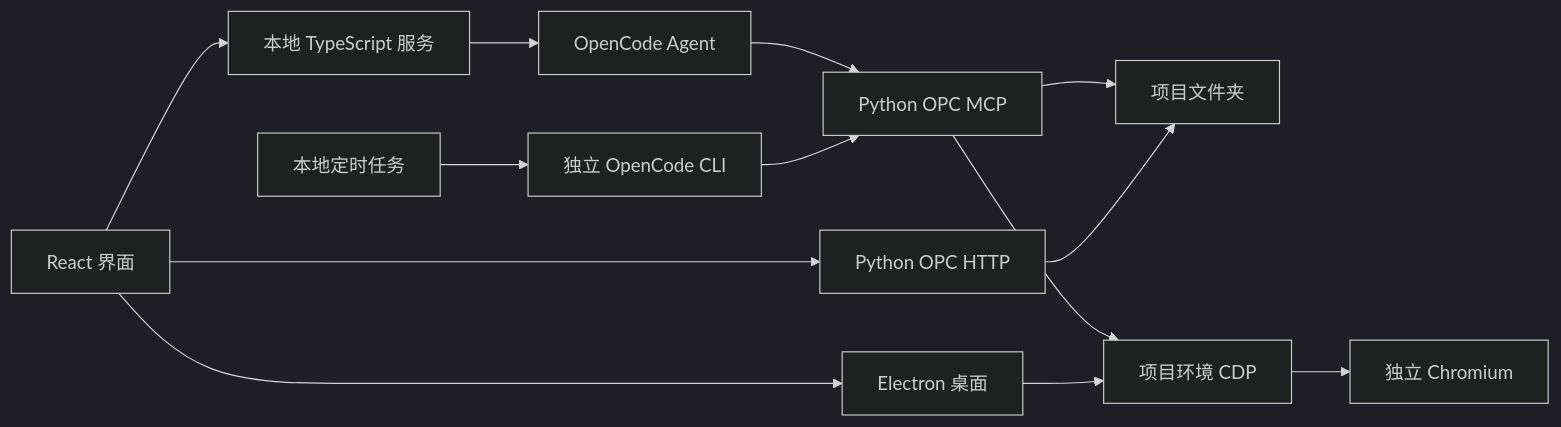
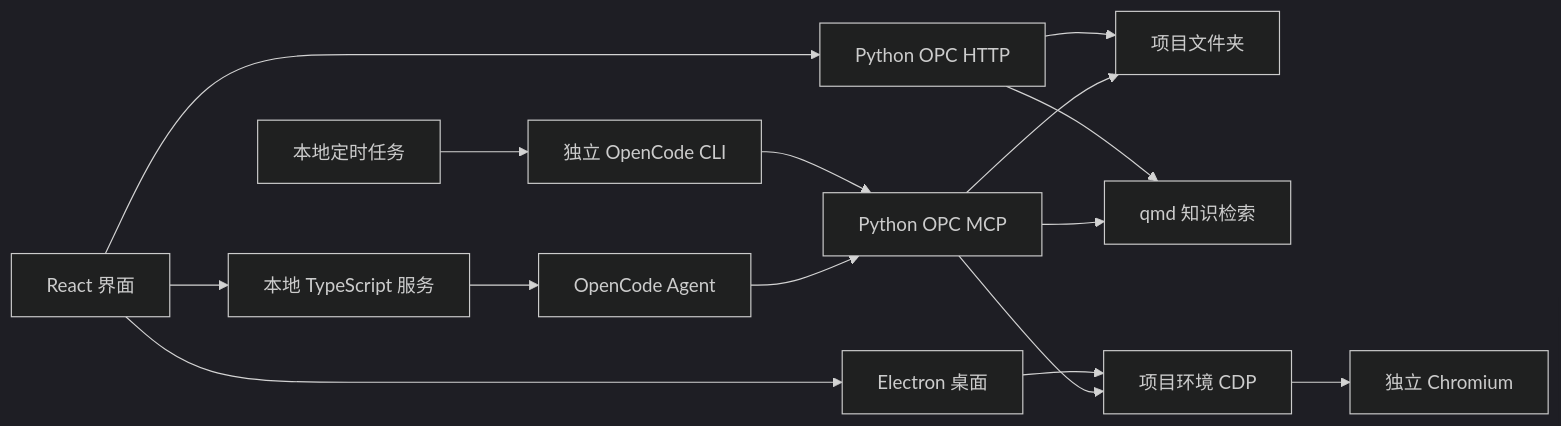
The diagram in README.md (zhangjunmengyang/AIOPC), drawn with Mermaid (dark theme) before and after one commit. The commit also changed other lines of this file and 4 other files, not shown here.

````diff
--- a/README.md
+++ b/README.md
@@ -9,15 +9,17 @@
 ```mermaid
 flowchart LR
   UI[React 界面] --> Desktop[Electron 桌面]
   UI --> Server[本地 TypeScript 服务]
   Server --> Engine[OpenCode Agent]
   Engine --> MCP[Python OPC MCP]
   UI --> HTTP[Python OPC HTTP]
   MCP --> Project[项目文件夹]
   HTTP --> Project
+  MCP --> Search[qmd 知识检索]
+  HTTP --> Search
   MCP --> Env[项目环境 CDP]
   Desktop --> Env
   Env --> Browser[独立 Chromium]
   Scheduler[本地定时任务] --> CLI[独立 OpenCode CLI]
   CLI --> MCP
 ```
````
